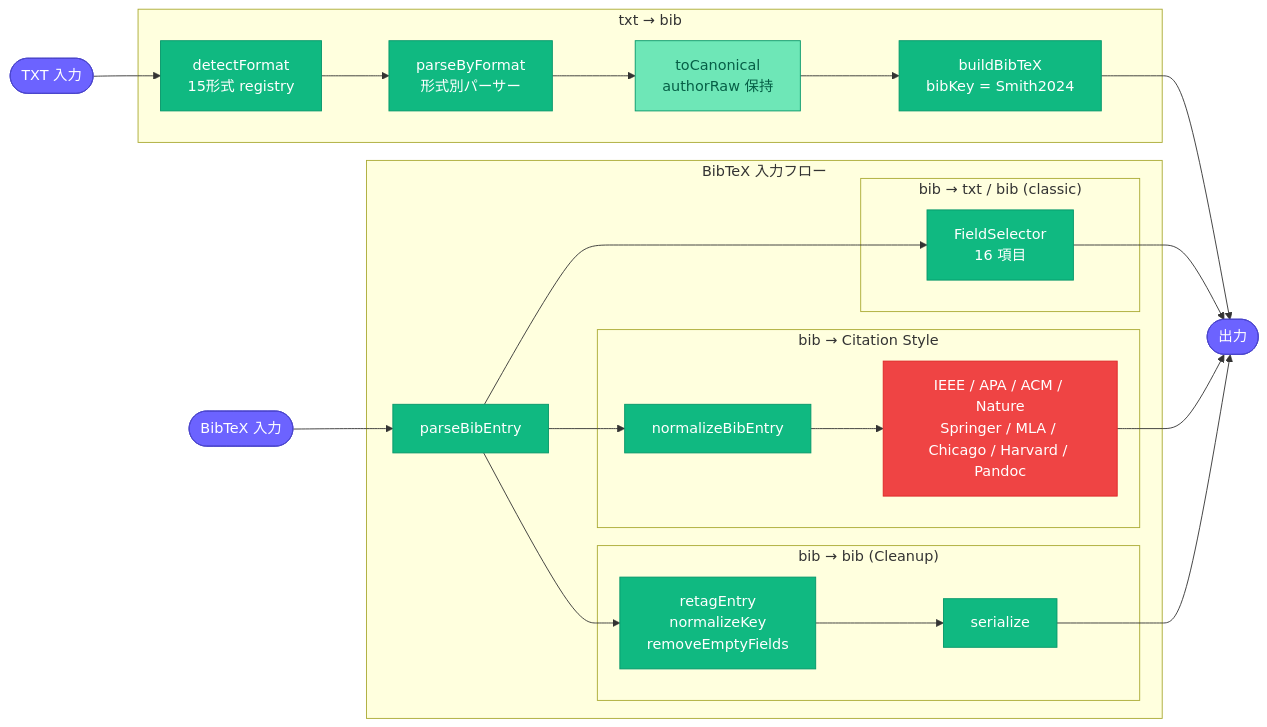
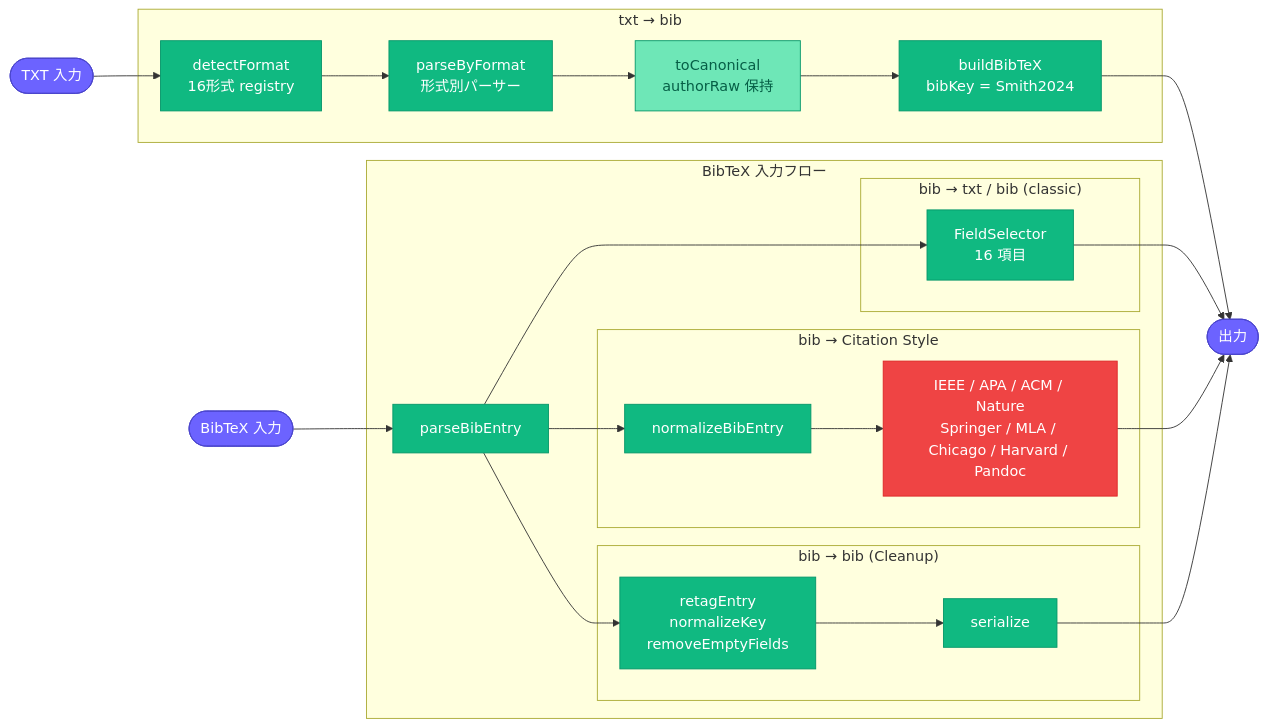
The second of 2 diagrams in README.md (Axe0320/citation-bibtex-converter), drawn with Mermaid before and after one commit. The commit also changed other lines of this file, not shown here.

First line of the commit message:
docs: update README for LNCS format support (15 → 16 formats)

````diff
--- a/README.md
+++ b/README.md
@@ -108,46 +108,46 @@
 ```mermaid
 flowchart LR
     classDef mod   fill:#10B981,color:#fff,stroke:#059669
     classDef canon fill:#6EE7B7,color:#065F46,stroke:#059669
     classDef fmt   fill:#EF4444,color:#fff,stroke:#DC2626
     classDef io    fill:#6C63FF,color:#fff,stroke:#4a44cc
 
     TI([TXT 入力]):::io
     BI([BibTeX 入力]):::io
     OUT([出力]):::io
 
     subgraph A["txt → bib"]
-        A1[detectFormat\n15形式 registry]:::mod
+        A1[detectFormat\n16形式 registry]:::mod
         A2[parseByFormat\n形式別パーサー]:::mod
         A3[toCanonical\nauthorRaw 保持]:::canon
         A4["buildBibTeX\nbibKey = Smith2024"]:::mod
         A1 --> A2 --> A3 --> A4
     end
 
     subgraph B["BibTeX 入力フロー"]
         B0[parseBibEntry]:::mod
         subgraph B1["bib → txt / bib (classic)"]
             B1a[FieldSelector\n16 項目]:::mod
         end
         subgraph B2["bib → Citation Style"]
             B2a[normalizeBibEntry]:::mod
             B2b["IEEE / APA / ACM / Nature\nSpringer / MLA / Chicago / Harvard / Pandoc"]:::fmt
             B2a --> B2b
         end
         subgraph B3["bib → bib (Cleanup)"]
             B3a["retagEntry\nnormalizeKey\nremoveEmptyFields"]:::mod
             B3b[serialize]:::mod
             B3a --> B3b
         end
         B0 --> B1a
         B0 --> B2a
         B0 --> B3a
     end
 
     TI --> A1
     BI --> B0
     A4 --> OUT
     B1a --> OUT
     B2b --> OUT
     B3b --> OUT
 ```
````
